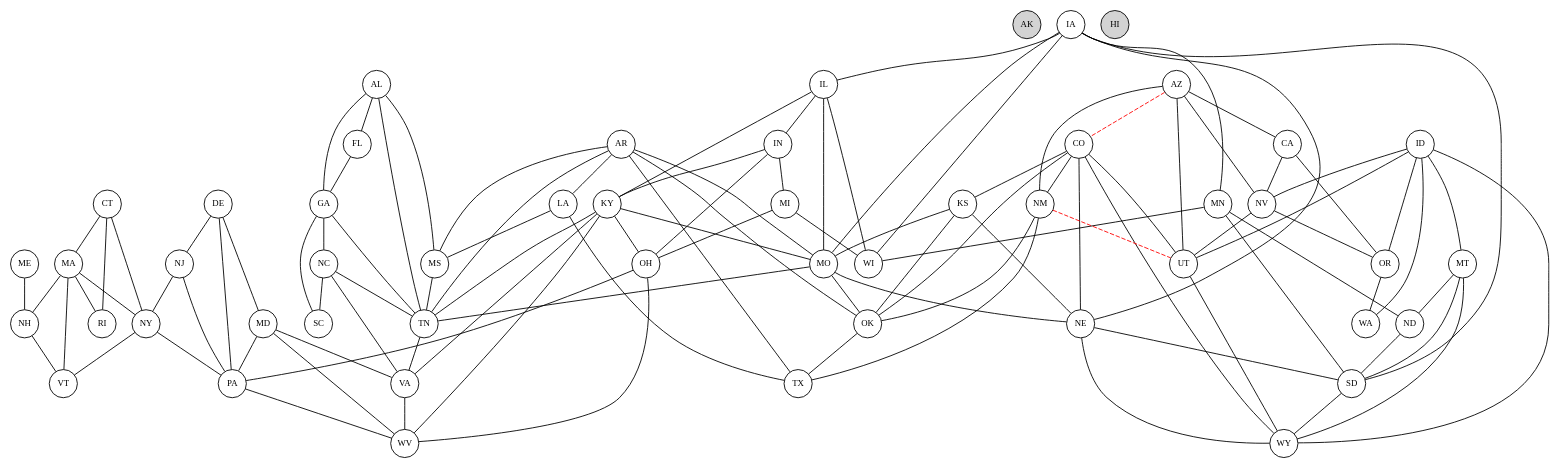
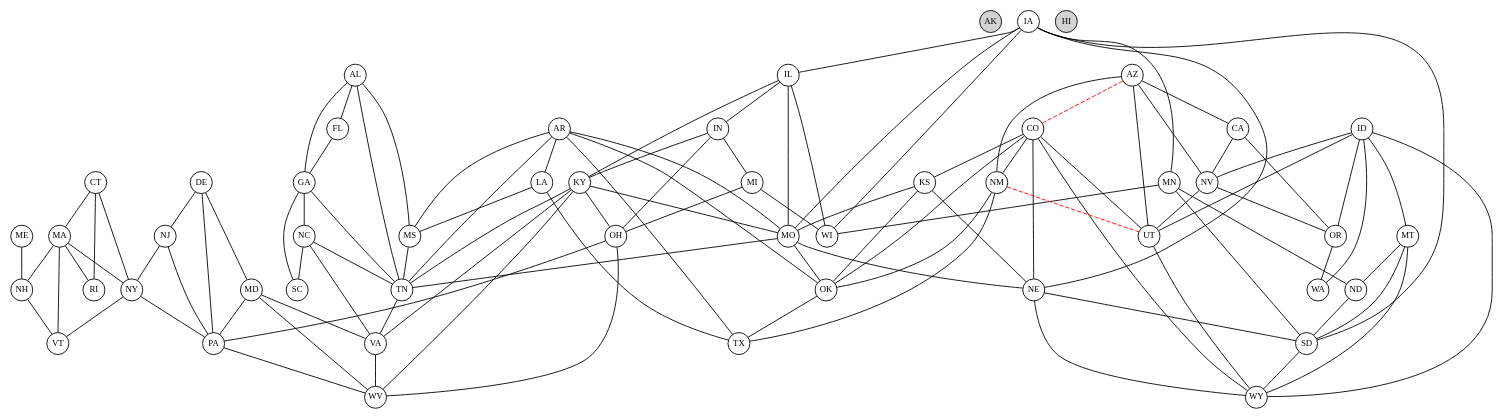
Before and after one commit to jaycoskey/DataVisualization: the diagram in states_planned.dot, drawn with Graphviz. The commit also changed 15 other files, not shown here.

Commit message:
Support viz of nations. Control use-case specific actions with func args. Support adding 'signature', and listing of initial edge intersections of ordinalized graph.

```diff
--- a/states_planned.dot
+++ b/states_planned.dot
@@ -1,163 +1,166 @@
 strict graph States {
-    node [fixedsize=true fontsize=10 height=0.45 width=0.45]
+    node [fixedsize=true fontsize=10 height=0.35 width=0.35]
+    overlap=false
+    penwidth=7
 
-    AK [pos="50.0,50.0" style=filled fillcolor=lightgray]
-    AL [pos="400.0,100.0"]
-    AR [pos="300.0,150.0"]
-    AZ [pos="150.0,150.0"]
-    CA [pos="50.0,150.0"]
-    CO [pos="200.0,200.0"]
-    CT [pos="600.0,350.0"]
-    DE [pos="600.0,250.0"]
-    FL [pos="450.0,50.0"]
-    GA [pos="450.0,100.0"]
-    HI [pos="150.0,50.0" style=filled fillcolor=lightgray]
-    IA [pos="300.0,300.0"]
-    ID [pos="150.0,300.0"]
-    IL [pos="350.0,250.0"]
-    IN [pos="400.0,250.0"]
-    KS [pos="250.0,200.0"]
-    KY [pos="400.0,200.0"]
-    LA [pos="300.0,50.0"]
-    MA [pos="600.0,400.0"]
-    MD [pos="550.0,250.0"]
-    ME [pos="700.0,500.0"]
-    MI [pos="400.0,400.0"]
-    MN [pos="300.0,400.0"]
-    MO [pos="300.0,200.0"]
-    MS [pos="350.0,100.0"]
-    MT [pos="200.0,450.0"]
-    NC [pos="550.0,150.0"]
-    ND [pos="250.0,450.0"]
-    NE [pos="250.0,250.0"]
-    NH [pos="650.0,450.0"]
-    NJ [pos="600.0,300.0"]
-    NM [pos="200.0,150.0"]
-    NV [pos="100.0,200.0"]
-    NY [pos="550.0,400.0"]
-    OH [pos="450.0,250.0"]
-    OK [pos="250.0,150.0"]
-    OR [pos="50.0,300.0"]
-    PA [pos="550.0,300.0"]
-    RI [pos="650.0,350.0"]
-    SC [pos="550.0,100.0"]
-    SD [pos="250.0,350.0"]
-    TN [pos="400.0,150.0"]
-    TX [pos="250.0,50.0"]
-    UT [pos="150.0,200.0"]
-    VA [pos="550.0,200.0"]
-    VT [pos="600.0,450.0"]
-    WA [pos="50.0,450.0"]
-    WI [pos="350.0,400.0"]
-    WV [pos="500.0,250.0"]
-    WY [pos="200.0,300.0"]
+    AK [pos="0.0,50.0" style=filled fillcolor=lightgray]
+    AL [pos="350.0,50.0"]
+    AR [pos="250.0,100.0"]
+    AZ [pos="100.0,100.0"]
+    CA [pos="0.0,150.0"]
+    CO [pos="150.0,150.0"]
+    CT [pos="500.0,250.0"]
+    DE [pos="550.0,200.0"]
+    FL [pos="450.0,0.0"]
+    GA [pos="400.0,50.0"]
+    HI [pos="100.0,50.0" style=filled fillcolor=lightgray]
+    IA [pos="250.0,200.0"]
+    ID [pos="50.0,200.0"]
+    IL [pos="300.0,200.0"]
+    IN [pos="350.0,200.0"]
+    KS [pos="200.0,150.0"]
+    KY [pos="350.0,150.0"]
+    LA [pos="250.0,50.0"]
+    MA [pos="550.0,300.0"]
+    MD [pos="500.0,200.0"]
+    ME [pos="550.0,350.0"]
+    MI [pos="350.0,300.0"]
+    MN [pos="250.0,300.0"]
+    MO [pos="250.0,150.0"]
+    MS [pos="300.0,50.0"]
+    MT [pos="100.0,250.0"]
+    NC [pos="500.0,100.0"]
+    ND [pos="200.0,300.0"]
+    NE [pos="200.0,200.0"]
+    NH [pos="500.0,350.0"]
+    NJ [pos="450.0,250.0"]
+    NM [pos="150.0,100.0"]
+    NV [pos="50.0,150.0"]
+    NY [pos="450.0,300.0"]
+    OH [pos="400.0,200.0"]
+    OK [pos="200.0,100.0"]
+    OR [pos="0.0,200.0"]
+    PA [pos="400.0,250.0"]
+    RI [pos="550.0,250.0"]
+    SC [pos="450.0,50.0"]
+    SD [pos="200.0,250.0"]
+    TN [pos="350.0,100.0"]
+    TX [pos="200.0,50.0"]
+    UT [pos="100.0,150.0"]
+    VA [pos="500.0,150.0"]
+    VT [pos="450.0,350.0"]
+    WA [pos="0.0,250.0"]
+    WI [pos="300.0,300.0"]
+    WV [pos="450.0,200.0"]
+    WY [pos="150.0,200.0"]
 
     AL -- FL
     AL -- GA
     AL -- MS
     AL -- TN
     AR -- LA
     AR -- MO
     AR -- MS
     AR -- OK
     AR -- TN
     AR -- TX
     AZ -- CA
     AZ -- NM
     AZ -- NV
     AZ -- UT
     CA -- NV
     CA -- OR
     CO -- KS
     CO -- NE
     CO -- NM
     CO -- OK
     CO -- UT
     CO -- WY
     CT -- MA
     CT -- NY
     CT -- RI
     DE -- MD
     DE -- NJ
     DE -- PA
     FL -- GA
     GA -- NC
     GA -- SC
     GA -- TN
     IA -- IL
     IA -- MN
     IA -- MO
     IA -- NE
     IA -- SD
     IA -- WI
     ID -- MT
     ID -- NV
     ID -- OR
     ID -- UT
     ID -- WA
     ID -- WY
     IL -- IN
     IL -- KY
     IL -- MO
     IL -- WI
     IN -- KY
     IN -- MI
     IN -- OH
     KS -- MO
     KS -- NE
     KS -- OK
     KY -- MO
     KY -- OH
     KY -- TN
     KY -- VA
     KY -- WV
     LA -- MS
     LA -- TX
     MA -- NH
     MA -- NY
     MA -- RI
     MA -- VT
     MD -- PA
     MD -- VA
     MD -- WV
     ME -- NH
     MI -- OH
     MI -- WI
     MN -- ND
     MN -- SD
     MN -- WI
     MO -- NE
     MO -- OK
     MO -- TN
     MS -- TN
     MT -- ND
     MT -- SD
     MT -- WY
     NC -- SC
     NC -- TN
     NC -- VA
     ND -- SD
     NE -- SD
     NE -- WY
     NH -- VT
     NJ -- NY
     NJ -- PA
     NM -- OK
     NM -- TX
     NV -- OR
     NV -- UT
     NY -- PA
     NY -- VT
     OH -- PA
     OH -- WV
     OK -- TX
     OR -- WA
     PA -- WV
     SD -- WY
     TN -- VA
     UT -- WY
     VA -- WV
+
+
     AZ -- CO [color=red style=dashed]
     NM -- UT [color=red style=dashed]
-
 }
```
